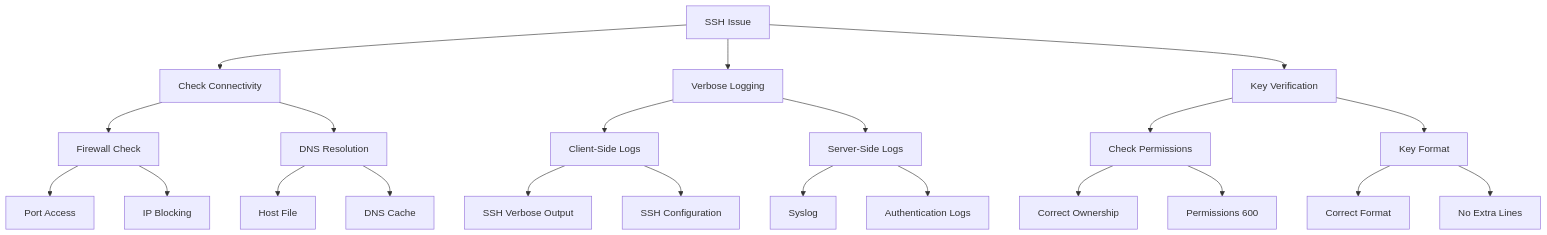
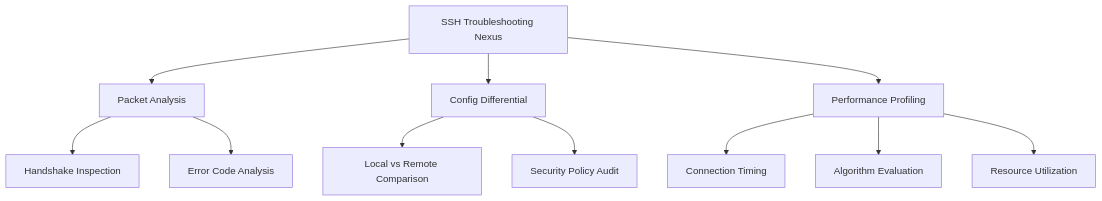
The fifth of 5 diagrams in mastering-ssh-part-one/3 - Intermediate SSH Usage.md (cipherbite/mastering-linux), drawn with Mermaid before and after one commit. The commit also changed other lines of this file, not shown here.

Commit message:
Update 3 - Intermediate SSH Usage.md

````diff
--- a/mastering-ssh-part-one/3 - Intermediate SSH Usage.md
+++ b/mastering-ssh-part-one/3 - Intermediate SSH Usage.md
@@ -544,24 +534,13 @@
 ```mermaid
 graph TD
-    A[SSH Issue] --> B[Check Connectivity]
-    A --> C[Verbose Logging]
-    A --> D[Key Verification]
-    B --> E[Firewall Check]
-    B --> F[DNS Resolution]
-    C --> G[Client-Side Logs]
-    C --> H[Server-Side Logs]
-    D --> I[Check Permissions]
-    D --> J[Key Format]
-    E --> K[Port Access]
-    E --> L[IP Blocking]
-    F --> M[Host File]
-    F --> N[DNS Cache]
-    G --> O[SSH Verbose Output]
-    G --> P[SSH Configuration]
-    H --> Q[Syslog]
-    H --> R[Authentication Logs]
-    I --> S[Correct Ownership]
-    I --> T[Permissions 600]
-    J --> U[Correct Format]
-    J --> V[No Extra Lines]
+    A[SSH Troubleshooting Nexus] --> B[Packet Analysis]
+    A --> C[Config Differential]
+    A --> D[Performance Profiling]
+    B --> E[Handshake Inspection]
+    B --> F[Error Code Analysis]
+    C --> G[Local vs Remote Comparison]
+    C --> H[Security Policy Audit]
+    D --> I[Connection Timing]
+    D --> J[Algorithm Evaluation]
+    D --> K[Resource Utilization]
 ```
````
